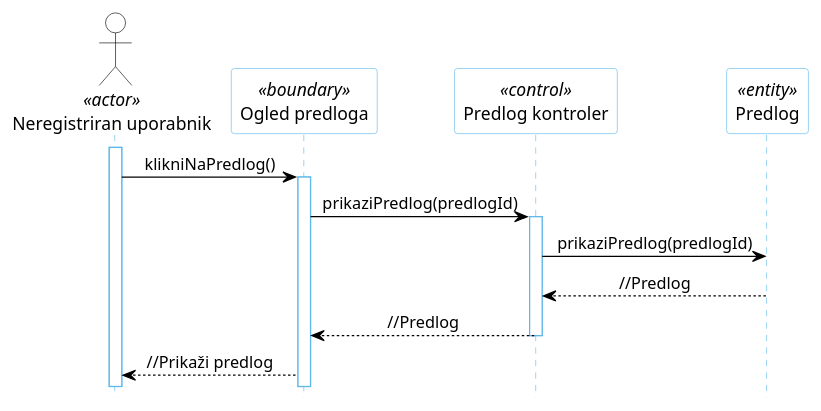
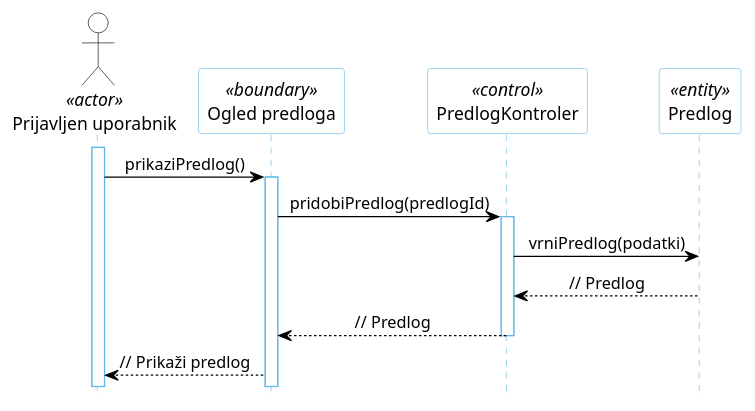
The diagram in docs/gradivo/plantuml/DZ/14a.puml (kupinah/test-tpo), drawn with PlantUML before and after one commit. The commit also changed 36 other files, not shown here.

```diff
--- a/docs/gradivo/plantuml/DZ/14a.puml
+++ b/docs/gradivo/plantuml/DZ/14a.puml
@@ -1,29 +1,29 @@
 @startuml
 hide footbox
 
 skinparam backgroundcolor transparent
 skinparam defaultTextAlignment center
 skinparam actorBorderColor black
 skinparam actorBackgroundColor white
 skinparam arrowColor black  
 skinparam sequenceLifeLineBorderColor #5FB8EC
 skinparam sequenceParticipantBorderColor #5FB8EC
 skinparam sequenceParticipantBackgroundColor white
 
-actor "Neregistriran uporabnik" as U1 <<actor>>
+actor "Prijavljen uporabnik" as U1 <<actor>>
 
 participant "Ogled predloga" as R5 <<boundary>>
-participant "Predlog kontroler" as R2 <<control>>
+participant "PredlogKontroler" as R2 <<control>>
 participant "Predlog" as R4 <<entity>>
 
 activate U1
-U1 -> R5: klikniNaPredlog()
+U1 -> R5: prikaziPredlog()
 activate R5
-R5 -> R2: prikaziPredlog(predlogId)
+R5 -> R2: pridobiPredlog(predlogId)
 activate R2
-R2 -> R4: prikaziPredlog(predlogId)
-R4 --> R2: //Predlog
-R2 --> R5: //Predlog
+R2 -> R4: vrniPredlog(podatki)
+R4 --> R2: // Predlog
+R2 --> R5: // Predlog
 deactivate R2
-R5 --> U1: //Prikaži predlog
+R5 --> U1: // Prikaži predlog
 @enduml
```
